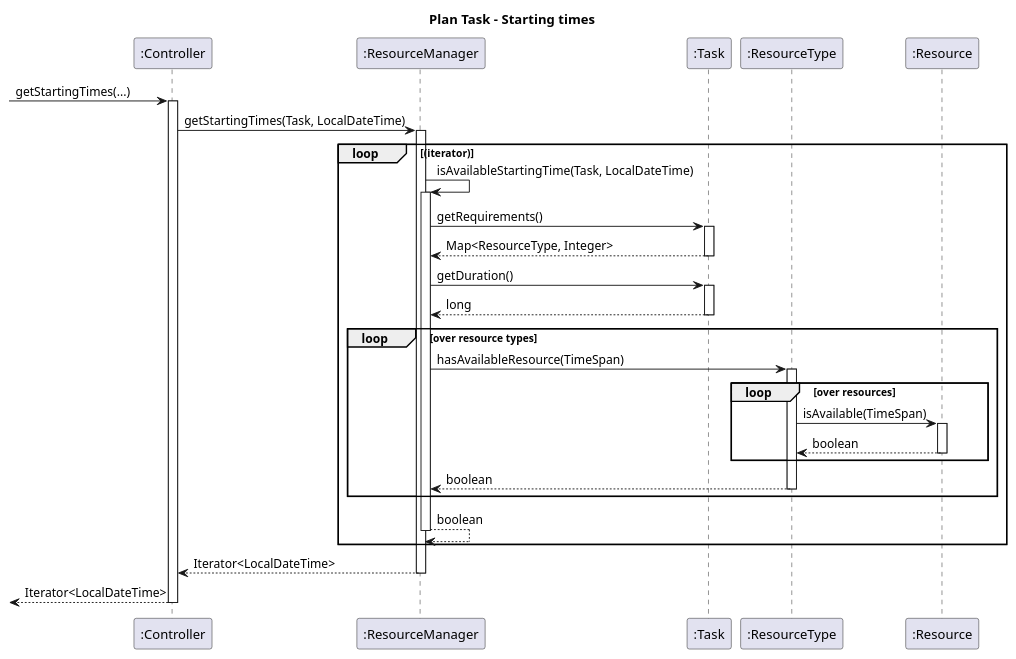
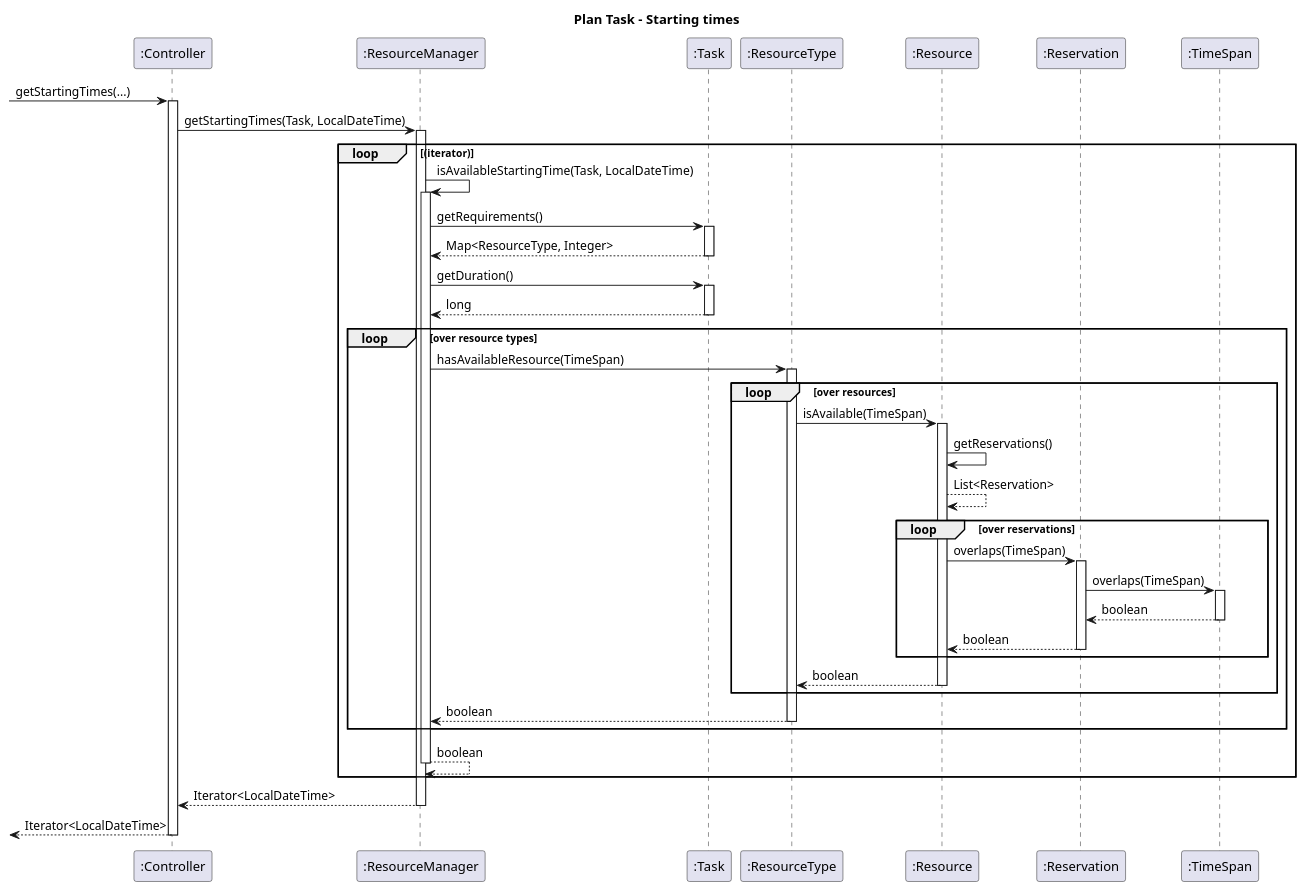
Before and after one commit to julienbenaouda/projectJJA: the diagram in diagrams/sequence_diagrams/1. Plan Task - Starting times new.plantuml, drawn with PlantUML. The commit also changed 3 other files, not shown here.

Commit message:
update sequence diagrams

```diff
--- a/diagrams/sequence_diagrams/1. Plan Task - Starting times new.plantuml
+++ b/diagrams/sequence_diagrams/1. Plan Task - Starting times new.plantuml
@@ -1,55 +1,74 @@
 @startuml
 
 title "Plan Task - Starting times"
 
 -> ":Controller": getStartingTimes(...)
 activate ":Controller"
 
 ":Controller" -> ":ResourceManager": getStartingTimes(Task, LocalDateTime)
 activate ":ResourceManager"
 
 loop (iterator)
     ":ResourceManager" -> ":ResourceManager": isAvailableStartingTime(Task, LocalDateTime)
     activate ":ResourceManager"
 
     ":ResourceManager" -> ":Task": getRequirements()
     activate ":Task"
     ":Task" --> ":ResourceManager": Map<ResourceType, Integer>
     deactivate ":Task"
 
     ":ResourceManager" -> ":Task": getDuration()
     activate ":Task"
     ":Task" --> ":ResourceManager": long
     deactivate ":Task"
 
     loop over resource types
 
         ":ResourceManager" -> ":ResourceType": hasAvailableResource(TimeSpan)
         activate ":ResourceType"
 
         loop over resources
 
-            ":ResourceType" -> ":Resource": isAvailable(TimeSpan)
-            activate ":Resource"
+        ":ResourceType" -> ":Resource": isAvailable(TimeSpan)
+        activate ":Resource"
 
-            ":Resource" --> ":ResourceType": boolean
-            deactivate ":Resource"
+        ":Resource" -> ":Resource": getReservations()
+        ":Resource" --> ":Resource": List<Reservation>
+        
+        
+        loop over reservations
+        
+            ":Resource" -> ":Reservation": overlaps(TimeSpan)
+            activate ":Reservation"
+            
+            ":Reservation" -> ":TimeSpan": overlaps(TimeSpan)
+            activate ":TimeSpan"
+
+            ":TimeSpan" --> ":Reservation": boolean
+            deactivate ":TimeSpan"
+            
+            ":Reservation"--> ":Resource": boolean
+            deactivate ":Reservation"
+        end
+
+        ":Resource" --> ":ResourceType": boolean
+        deactivate ":Resource"
 
         end
 
         ":ResourceType" --> ":ResourceManager": boolean
         deactivate ":ResourceType"
 
     end
 
     ":ResourceManager" --> ":ResourceManager": boolean
     deactivate ":ResourceManager"
 end
 
 ":ResourceManager" --> ":Controller": Iterator<LocalDateTime>
 deactivate ":ResourceManager"
 
 <-- ":Controller": Iterator<LocalDateTime>
 deactivate ":Controller"
 
 @enduml
```
